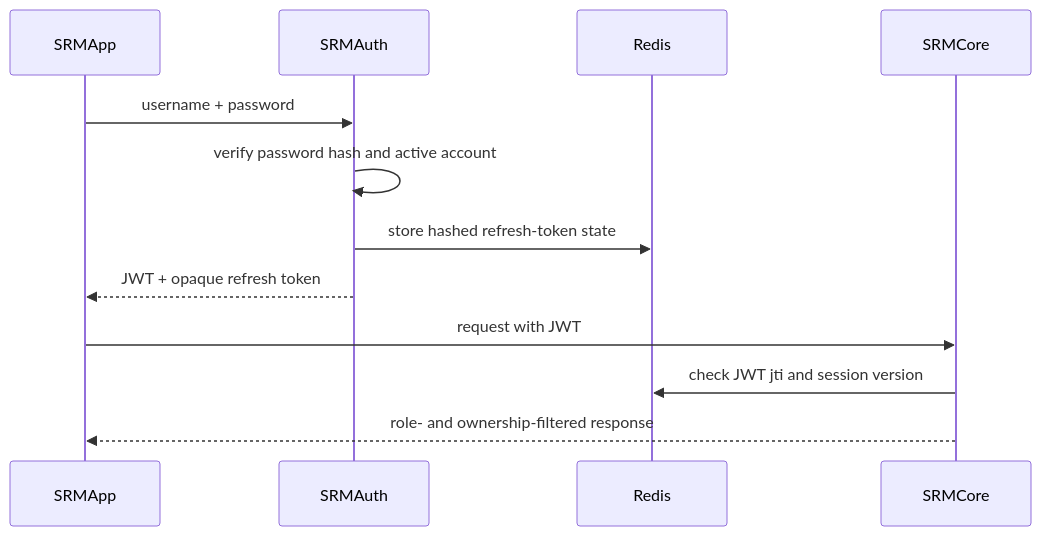
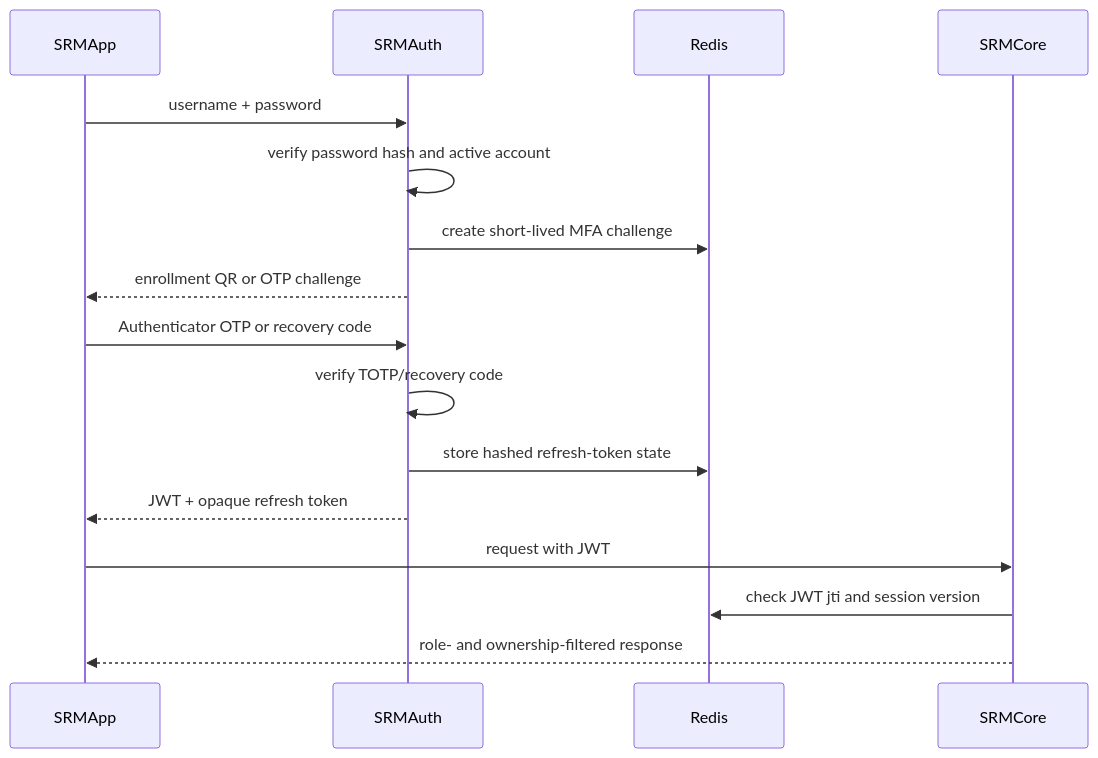
One commit to is231327/SRM changed the first of 2 diagrams in AUTHENTICATION_AUTHORIZATION_CONCEPT.md. Above: the diagram before and after it, drawn with Mermaid. The commit also changed other lines of this file and 37 other files, not shown here.

````diff
--- a/AUTHENTICATION_AUTHORIZATION_CONCEPT.md
+++ b/AUTHENTICATION_AUTHORIZATION_CONCEPT.md
@@ -80,14 +91,18 @@
 ```mermaid
 sequenceDiagram
     participant UI as SRMApp
     participant Auth as SRMAuth
     participant Redis
     participant Core as SRMCore
     UI->>Auth: username + password
     Auth->>Auth: verify password hash and active account
+    Auth->>Redis: create short-lived MFA challenge
+    Auth-->>UI: enrollment QR or OTP challenge
+    UI->>Auth: Authenticator OTP or recovery code
+    Auth->>Auth: verify TOTP/recovery code
     Auth->>Redis: store hashed refresh-token state
     Auth-->>UI: JWT + opaque refresh token
     UI->>Core: request with JWT
     Core->>Redis: check JWT jti and session version
     Core-->>UI: role- and ownership-filtered response
 ```
````
